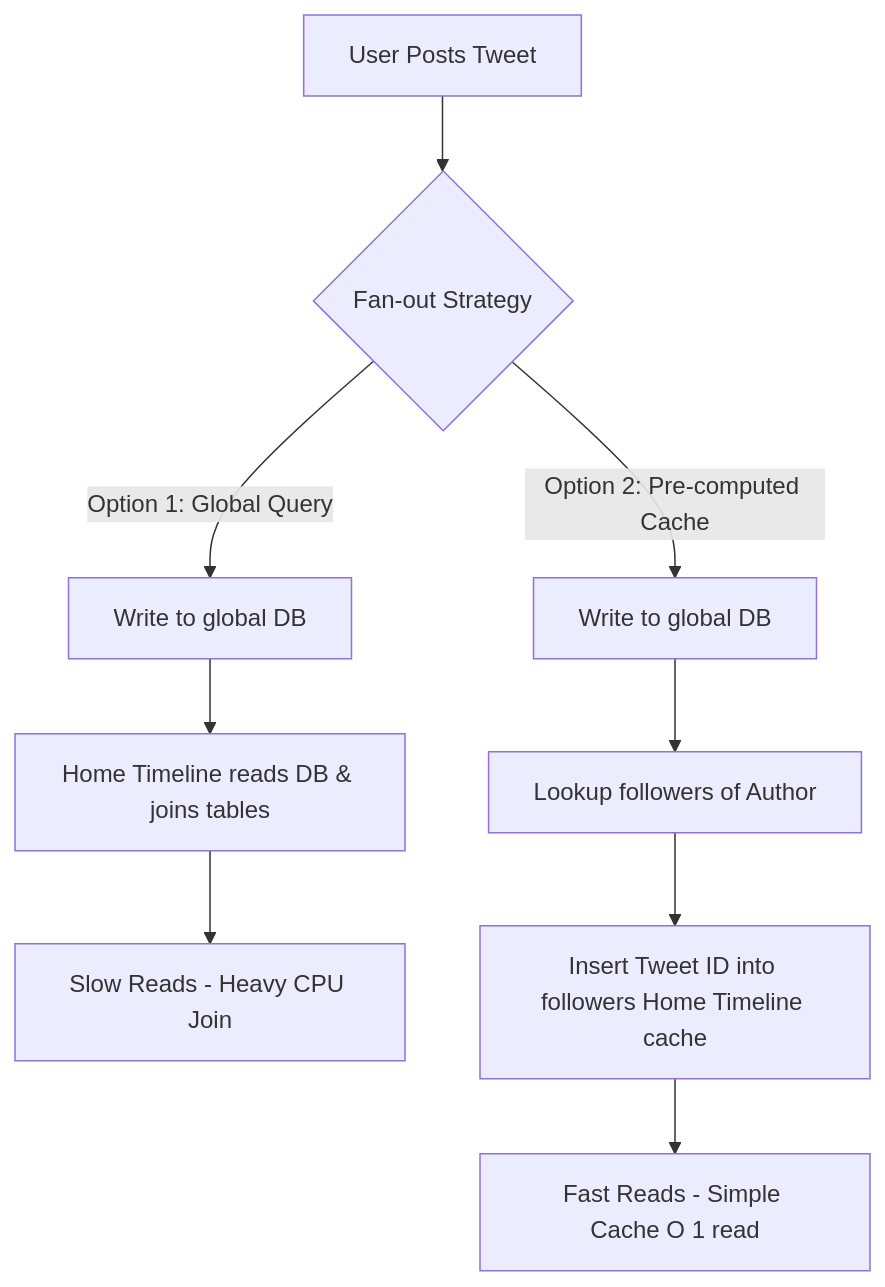
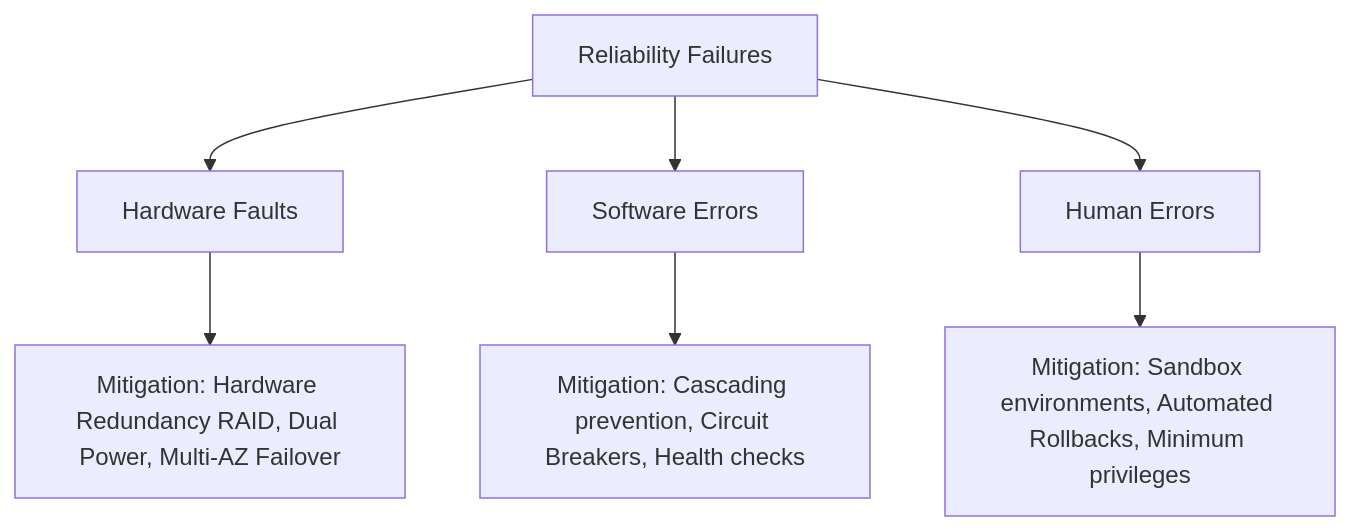
One commit to fredLuv/ddia-gitbook changed the diagram in chapters/ch1_foundations.md. Above: the diagram before and after it, drawn with Mermaid. The commit also changed other lines of this file and 1 other file, not shown here.

````diff
--- a/chapters/ch1_foundations.md
+++ b/chapters/ch1_foundations.md
@@ -38,12 +23,11 @@
 ```mermaid
 graph TD
-    A[User Posts Tweet] --> B{Fan-out Strategy}
-    B -- Option 1: Global Query --> C[Write to global DB]
-    C --> D[Home Timeline reads DB & joins tables]
-    D --> E[Slow Reads - Heavy CPU Join]
+    A[Reliability Failures] --> B[Hardware Faults]
+    B --> C[Mitigation: Hardware Redundancy RAID, Dual Power, Multi-AZ Failover]
     
-    B -- Option 2: Pre-computed Cache --> F[Write to global DB]
-    F --> G[Lookup followers of Author]
-    G --> H[Insert Tweet ID into followers Home Timeline cache]
-    H --> I[Fast Reads - Simple Cache O 1 read]
+    A --> D[Software Errors]
+    D --> E[Mitigation: Cascading prevention, Circuit Breakers, Health checks]
+    
+    A --> F[Human Errors]
+    F --> G[Mitigation: Sandbox environments, Automated Rollbacks, Minimum privileges]
 ```
````
